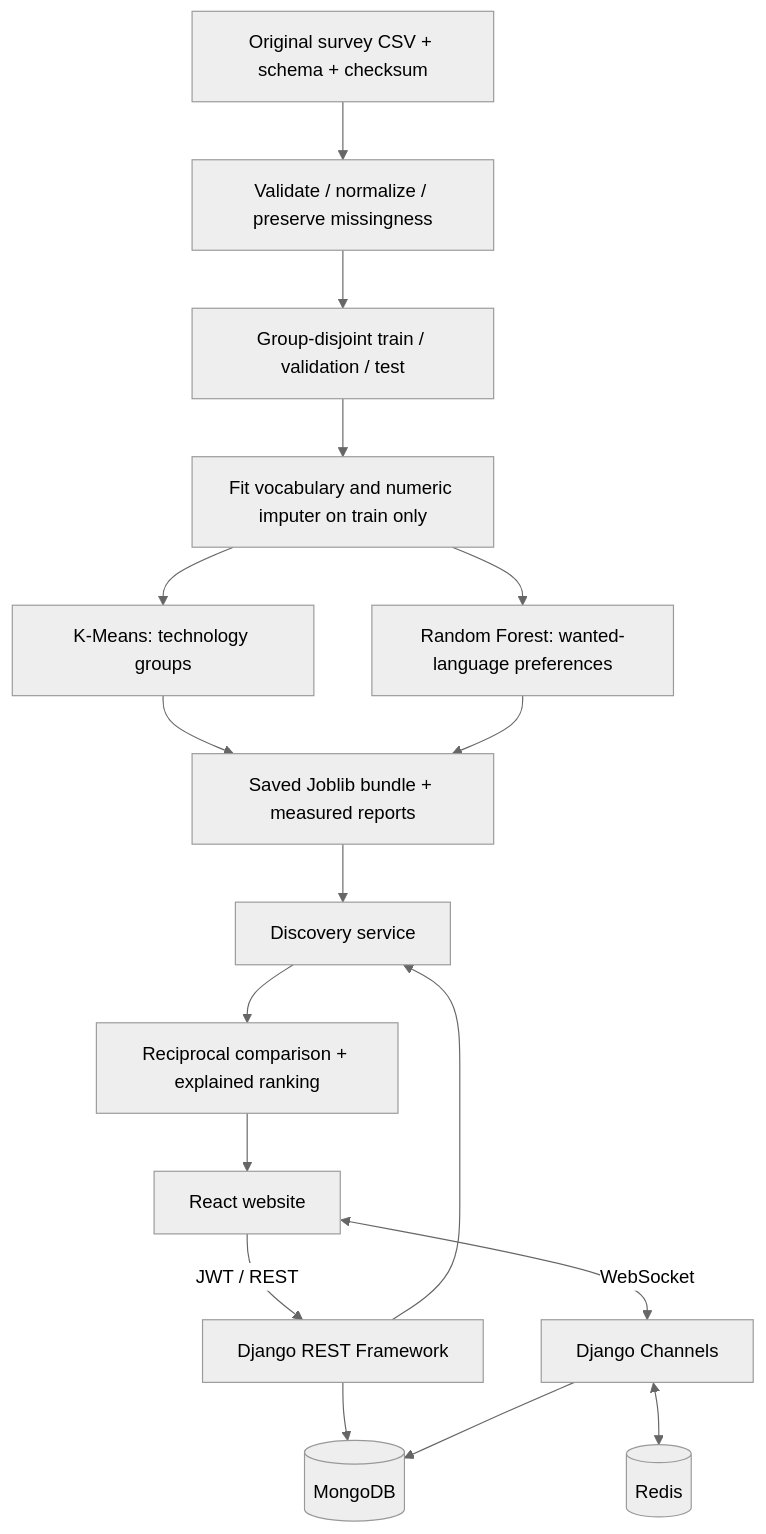
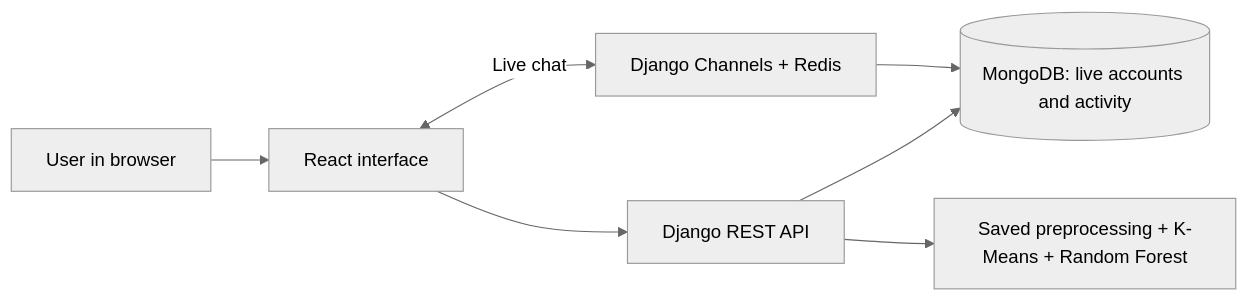
One commit to majorproject4224-max/final-year-project changed the diagram in README.md. Above: the diagram before and after it, drawn with Mermaid (neutral theme). The commit also changed other lines of this file and 26 other files, not shown here.

Commit message:
Train on grouped 70:30 survey split and explain results for beginners

````diff
--- a/README.md
+++ b/README.md
@@ -38,19 +116,9 @@
-```mermaid
-flowchart TD
-    Raw[Original survey CSV + schema + checksum] --> Clean[Validate / normalize / preserve missingness]
-    Clean --> Split[Group-disjoint train / validation / test]
-    Split --> Encoder[Fit vocabulary and numeric imputer on train only]
-    Encoder --> KM[K-Means: technology groups]
-    Encoder --> RF[Random Forest: wanted-language preferences]
-    KM --> Saved[Saved Joblib bundle + measured reports]
-    RF --> Saved
-    React[React website] -->|JWT / REST| API[Django REST Framework]
-    API --> DB[(MongoDB)]
-    API --> Service[Discovery service]
-    Saved --> Service
-    Service --> Rank[Reciprocal comparison + explained ranking]
-    Rank --> React
-    React <-->|WebSocket| Chat[Django Channels]
-    Chat <--> Redis[(Redis)]
-    Chat --> DB
-```
+~~~mermaid
+flowchart LR
+    U[User in browser] --> R[React interface]
+    R --> D[Django REST API]
+    D --> M[(MongoDB: live accounts and activity)]
+    D --> S[Saved preprocessing + K-Means + Random Forest]
+    R <-->|Live chat| C[Django Channels + Redis]
+    C --> M
+~~~
````
